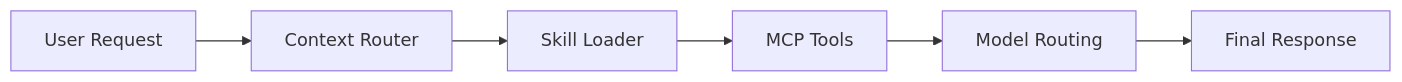
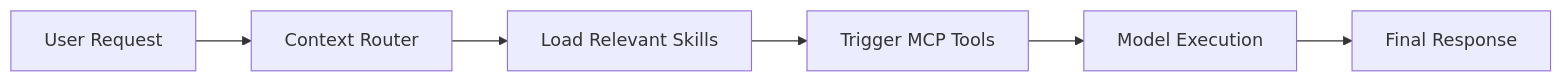
The diagram in posts/mcp-agent-architecture.md (opolyo01/ai-agents-blog), drawn with Mermaid before and after one commit. The commit also changed other lines of this file and 2 other files, not shown here.

````diff
--- a/posts/mcp-agent-architecture.md
+++ b/posts/mcp-agent-architecture.md
@@ -29,8 +42,8 @@
 ```mermaid
 flowchart LR
     User[User Request] --> Router[Context Router]
-    Router --> Skills[Skill Loader]
-    Skills --> Tools[MCP Tools]
-    Tools --> Models[Model Routing]
+    Router --> Skills[Load Relevant Skills]
+    Skills --> Tools[Trigger MCP Tools]
+    Tools --> Models[Model Execution]
     Models --> Response[Final Response]
 ```
````
